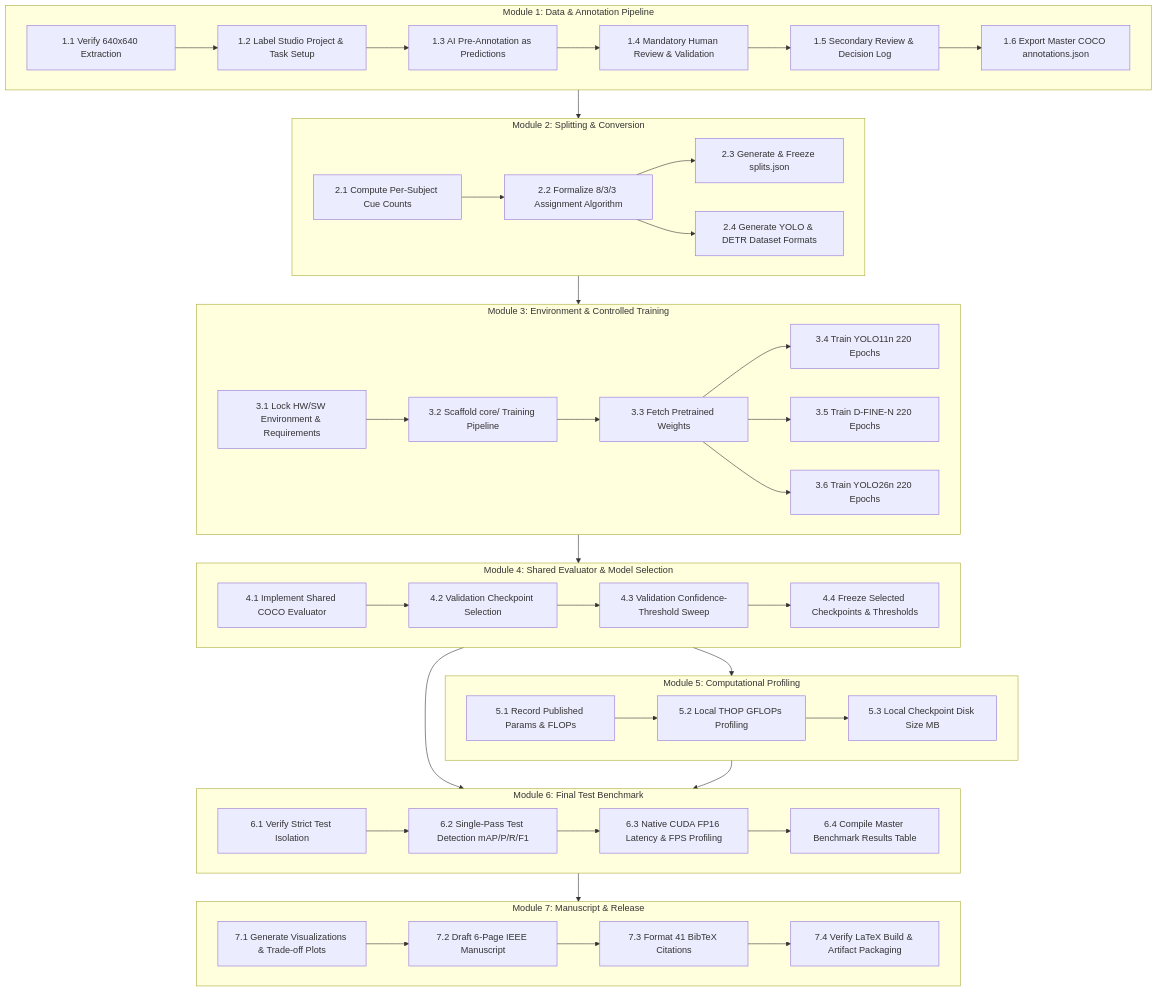
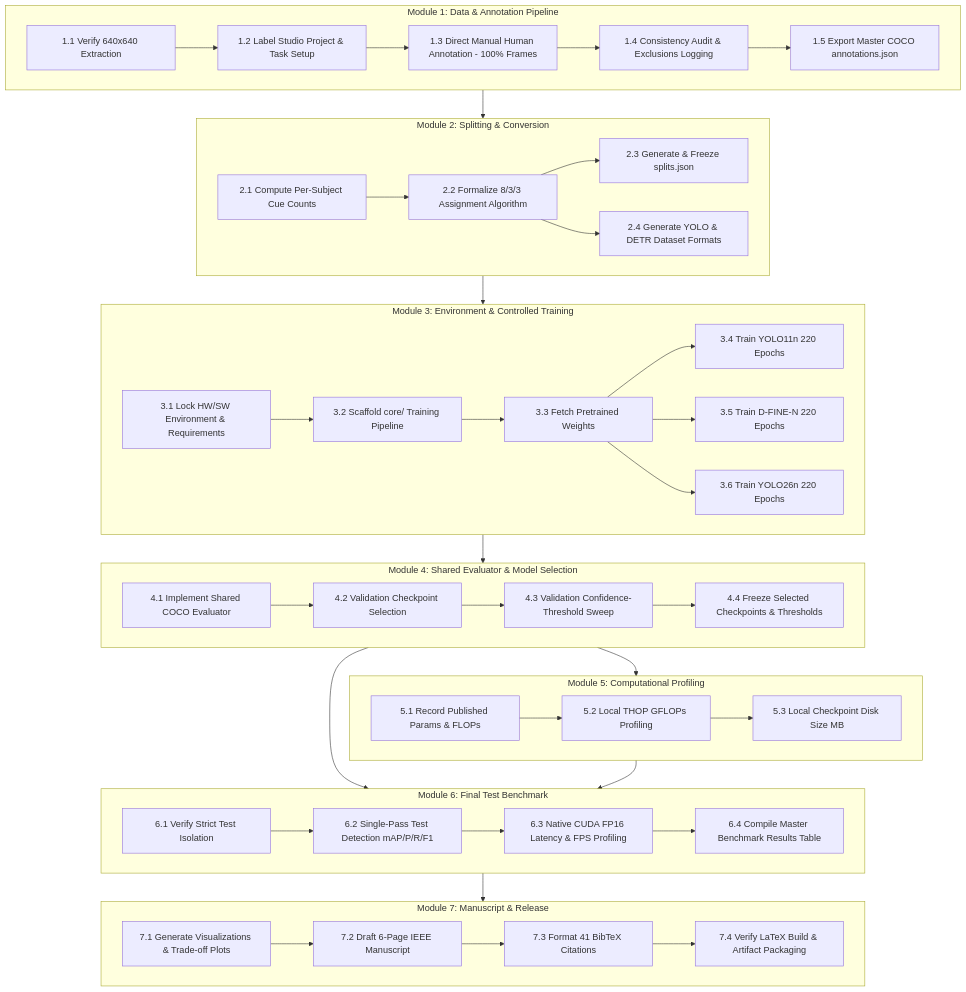
The diagram in docs/execution-checklist.md (IamOumarIbrahim/DMS-Eval), drawn with Mermaid before and after one commit. The commit also changed other lines of this file and 13 other files, not shown here.

Commit message:
docs & tools: update manual annotation workflow and add 1-page PDF guide

````diff
--- a/docs/execution-checklist.md
+++ b/docs/execution-checklist.md
@@ -13,55 +13,54 @@
 ```mermaid
 flowchart TD
     subgraph M1["Module 1: Data & Annotation Pipeline"]
         A1[1.1 Verify 640x640 Extraction] --> A2[1.2 Label Studio Project & Task Setup]
-        A2 --> A3[1.3 AI Pre-Annotation as Predictions]
-        A3 --> A4[1.4 Mandatory Human Review & Validation]
-        A4 --> A5[1.5 Secondary Review & Decision Log]
-        A5 --> A6[1.6 Export Master COCO annotations.json]
+        A2 --> A3[1.3 Direct Manual Human Annotation - 100% Frames]
+        A3 --> A4[1.4 Consistency Audit & Exclusions Logging]
+        A4 --> A5[1.5 Export Master COCO annotations.json]
     end
 
     subgraph M2["Module 2: Splitting & Conversion"]
         B1[2.1 Compute Per-Subject Cue Counts] --> B2[2.2 Formalize 8/3/3 Assignment Algorithm]
         B2 --> B3[2.3 Generate & Freeze splits.json]
         B2 --> B4[2.4 Generate YOLO & DETR Dataset Formats]
     end
 
     subgraph M3["Module 3: Environment & Controlled Training"]
         C1[3.1 Lock HW/SW Environment & Requirements] --> C2[3.2 Scaffold core/ Training Pipeline]
         C2 --> C3[3.3 Fetch Pretrained Weights]
         C3 --> C4[3.4 Train YOLO11n 220 Epochs]
         C3 --> C5[3.5 Train D-FINE-N 220 Epochs]
         C3 --> C6[3.6 Train YOLO26n 220 Epochs]
     end
 
     subgraph M4["Module 4: Shared Evaluator & Model Selection"]
         D1[4.1 Implement Shared COCO Evaluator] --> D2[4.2 Validation Checkpoint Selection]
         D2 --> D3[4.3 Validation Confidence-Threshold Sweep]
         D3 --> D4[4.4 Freeze Selected Checkpoints & Thresholds]
     end
 
     subgraph M5["Module 5: Computational Profiling"]
         E1[5.1 Record Published Params & FLOPs] --> E2[5.2 Local THOP GFLOPs Profiling]
         E2 --> E3[5.3 Local Checkpoint Disk Size MB]
     end
 
     subgraph M6["Module 6: Final Test Benchmark"]
         F1[6.1 Verify Strict Test Isolation] --> F2[6.2 Single-Pass Test Detection mAP/P/R/F1]
         F2 --> F3[6.3 Native CUDA FP16 Latency & FPS Profiling]
         F3 --> F4[6.4 Compile Master Benchmark Results Table]
     end
 
     subgraph M7["Module 7: Manuscript & Release"]
         G1[7.1 Generate Visualizations & Trade-off Plots] --> G2[7.2 Draft 6-Page IEEE Manuscript]
         G2 --> G3[7.3 Format 41 BibTeX Citations]
         G3 --> G4[7.4 Verify LaTeX Build & Artifact Packaging]
     end
 
     M1 --> M2
     M2 --> M3
     M3 --> M4
     M4 --> M5
     M4 --> M6
     M5 --> M6
     M6 --> M7
 ```
````
